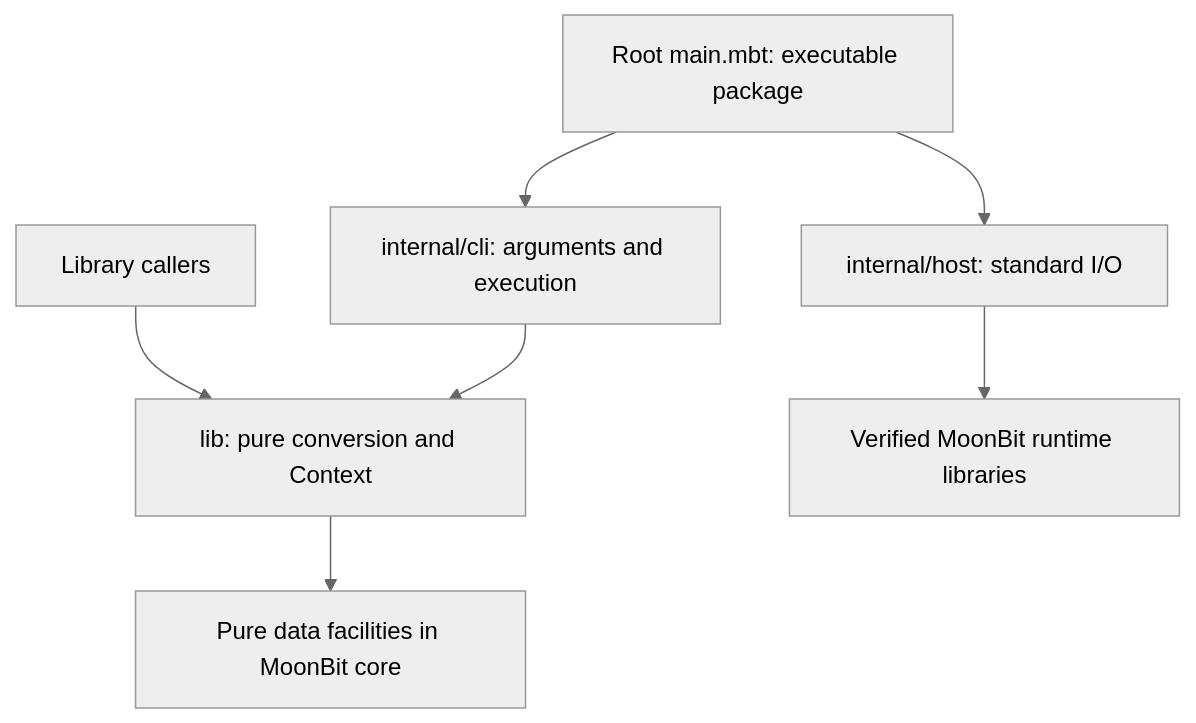
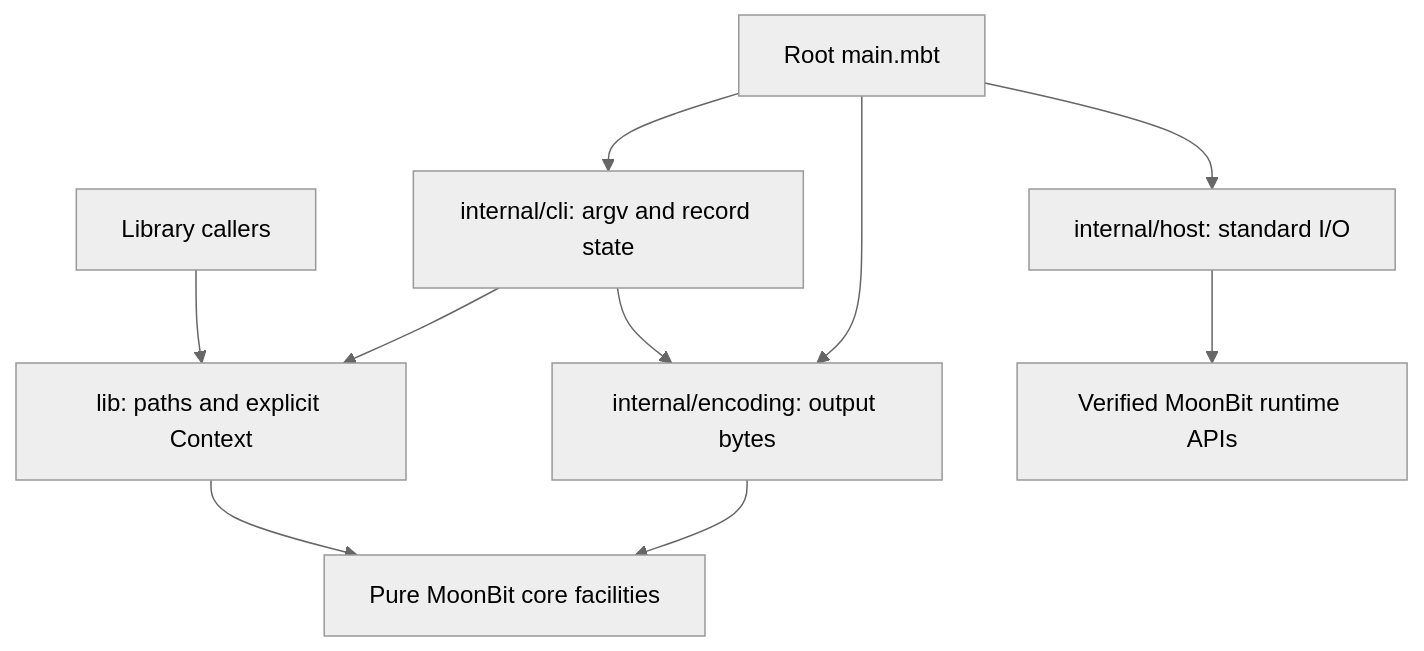
Before and after one commit to moonbit-community/cygpath: the diagram in docs/02-architecture.md, drawn with Mermaid (neutral theme). The commit also changed other lines of this file and 16 other files, not shown here.

````diff
--- a/docs/02-architecture.md
+++ b/docs/02-architecture.md
@@ -75,9 +69,12 @@
 ```mermaid
 flowchart TD
-    User[Library callers] --> Core[lib: pure conversion and Context]
-    Main[Root main.mbt: executable package] --> CLI[internal/cli: arguments and execution]
+    User[Library callers] --> Core[lib: paths and explicit Context]
+    Main[Root main.mbt] --> CLI[internal/cli: argv and record state]
+    Main --> Encoder[internal/encoding: output bytes]
     Main --> Host[internal/host: standard I/O]
     CLI --> Core
-    Host --> Runtime[Verified MoonBit runtime libraries]
-    Core --> Std[Pure data facilities in MoonBit core]
+    CLI --> Encoder
+    Host --> Runtime[Verified MoonBit runtime APIs]
+    Core --> Std[Pure MoonBit core facilities]
+    Encoder --> Std
 ```
````
